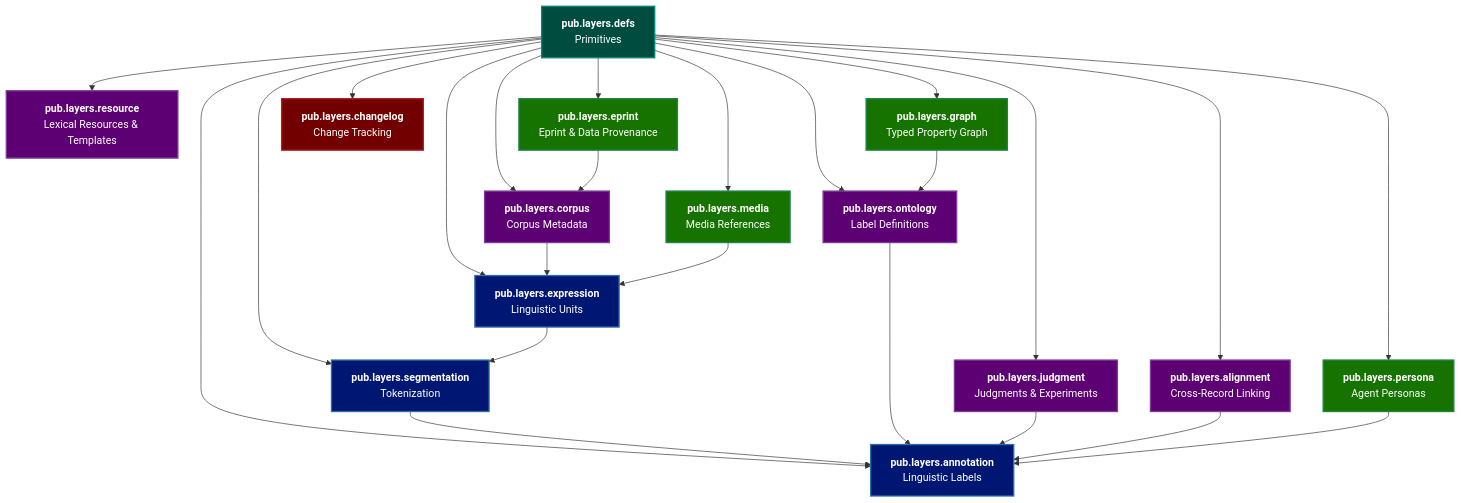
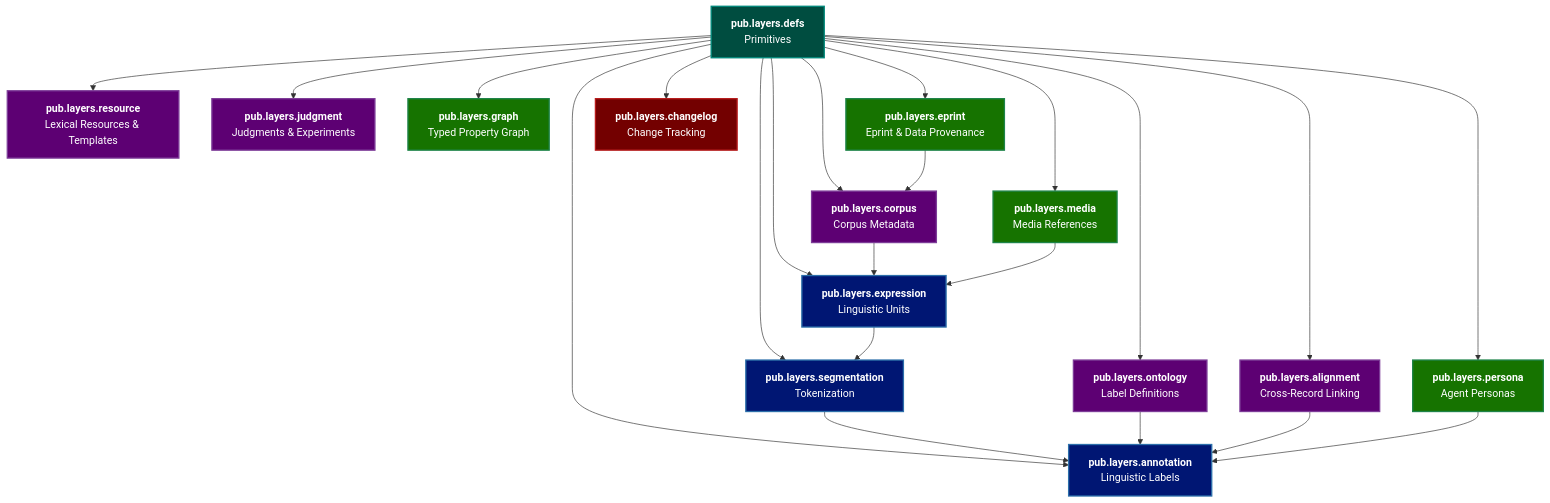
The diagram in docs/docs/foundations/lexicon-overview.md (layers-pub/layers), drawn with Mermaid before and after one commit. The commit also changed other lines of this file and 3 other files, not shown here.

````diff
--- a/docs/docs/foundations/lexicon-overview.md
+++ b/docs/docs/foundations/lexicon-overview.md
@@ -72,62 +72,60 @@
 ```mermaid
 graph TD
     DEFS["<b>pub.layers.defs</b><br/>Primitives"]
 
     EXPR["<b>pub.layers.expression</b><br/>Linguistic Units"]
     SEG["<b>pub.layers.segmentation</b><br/>Tokenization"]
     ANN["<b>pub.layers.annotation</b><br/>Linguistic Labels"]
 
     CORPUS["<b>pub.layers.corpus</b><br/>Corpus Metadata"]
     RESOURCE["<b>pub.layers.resource</b><br/>Lexical Resources & Templates"]
     ONTO["<b>pub.layers.ontology</b><br/>Label Definitions"]
     JUDGE["<b>pub.layers.judgment</b><br/>Judgments & Experiments"]
     ALIGN["<b>pub.layers.alignment</b><br/>Cross-Record Linking"]
 
     GRAPH["<b>pub.layers.graph</b><br/>Typed Property Graph"]
     PERSONA["<b>pub.layers.persona</b><br/>Agent Personas"]
     MEDIA["<b>pub.layers.media</b><br/>Media References"]
     EPRINT["<b>pub.layers.eprint</b><br/>Eprint & Data Provenance"]
 
     CHANGELOG["<b>pub.layers.changelog</b><br/>Change Tracking"]
 
     DEFS --> EXPR
     DEFS --> SEG
     DEFS --> ANN
     DEFS --> CORPUS
     DEFS --> RESOURCE
     DEFS --> ONTO
     DEFS --> JUDGE
     DEFS --> ALIGN
 
     EXPR --> SEG
     SEG --> ANN
 
     ONTO --> ANN
     CORPUS --> EXPR
-    JUDGE --> ANN
     ALIGN --> ANN
 
     DEFS --> GRAPH
     DEFS --> PERSONA
     DEFS --> MEDIA
     DEFS --> EPRINT
 
-    GRAPH --> ONTO
     PERSONA --> ANN
     MEDIA --> EXPR
     EPRINT --> CORPUS
 
     DEFS --> CHANGELOG
 
     classDef pipeline fill:#001673,stroke:#2c6faa,color:#fff,stroke-width:2px
     classDef parallel fill:#5D0073,stroke:#7d3c98,color:#fff,stroke-width:2px
     classDef integration fill:#167300,stroke:#1e8449,color:#fff,stroke-width:2px
     classDef primitives fill:#004D40,stroke:#00897B,color:#fff,stroke-width:2px
     classDef crosscutting fill:#730000,stroke:#b71c1c,color:#fff,stroke-width:2px
 
     class DEFS primitives
     class EXPR,SEG,ANN pipeline
     class CORPUS,RESOURCE,ONTO,JUDGE,ALIGN parallel
     class GRAPH,PERSONA,MEDIA,EPRINT integration
     class CHANGELOG crosscutting
 ```
````
